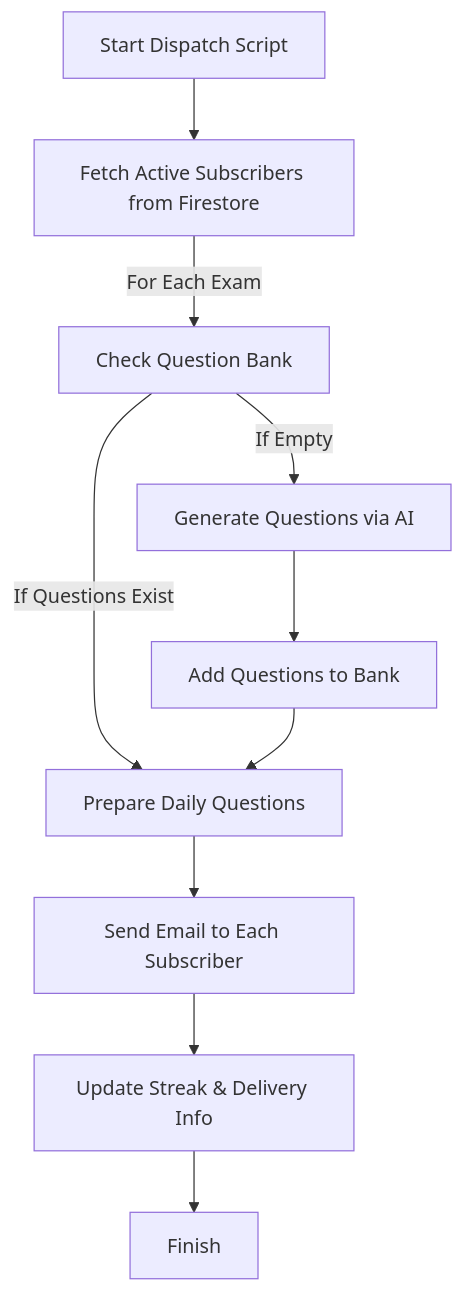
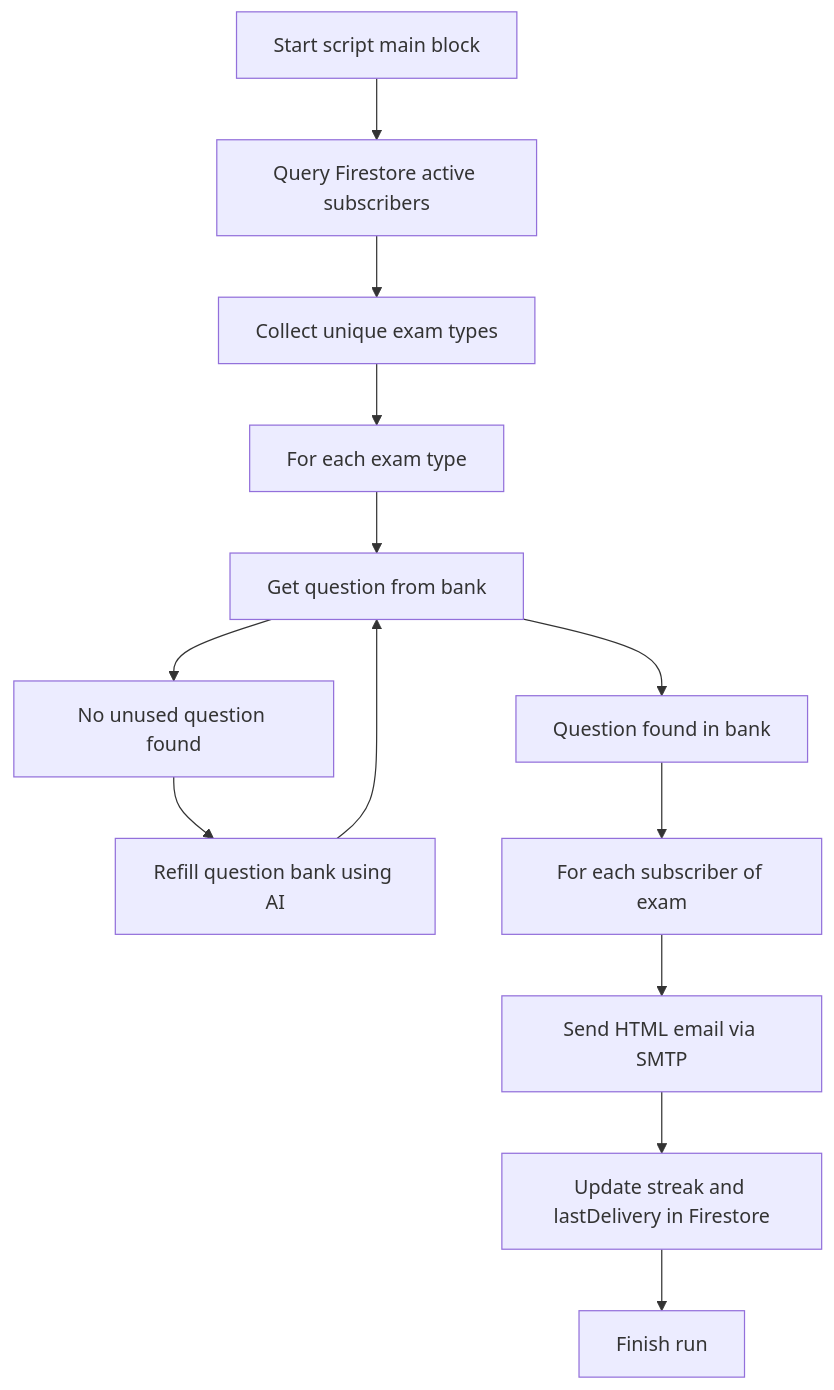
The second of 6 diagrams in README.md (avirajsalunkhe/cloud-mastery-bot), drawn with Mermaid before and after one commit. The commit also changed other lines of this file, not shown here.

````diff
--- a/README.md
+++ b/README.md
@@ -20,12 +67,15 @@
 ```mermaid
 flowchart TD
-    Start[Start Dispatch Script] --> FetchSubscribers[Fetch Active Subscribers from Firestore]
-    FetchSubscribers -->|For Each Exam| BankCheck[Check Question Bank]
-    BankCheck -->|If Empty| RefillBank[Generate Questions via AI]
-    RefillBank --> UpdateBank[Add Questions to Bank]
-    BankCheck -->|If Questions Exist| PrepareEmails[Prepare Daily Questions]
-    UpdateBank --> PrepareEmails
-    PrepareEmails --> SendEmails[Send Email to Each Subscriber]
-    SendEmails --> UpdateStreak[Update Streak & Delivery Info]
-    UpdateStreak --> End[Finish]
+    Start[Start script main block] --> LoadSubs[Query Firestore active subscribers]
+    LoadSubs --> CollectExams[Collect unique exam types]
+    CollectExams --> ForExam[For each exam type]
+    ForExam --> GetQuestion[Get question from bank]
+    GetQuestion --> BankHit[Question found in bank]
+    GetQuestion --> BankMiss[No unused question found]
+    BankMiss --> Refill[Refill question bank using AI]
+    Refill --> GetQuestion
+    BankHit --> ForUser[For each subscriber of exam]
+    ForUser --> SendEmailStep[Send HTML email via SMTP]
+    SendEmailStep --> UpdateStreak[Update streak and lastDelivery in Firestore]
+    UpdateStreak --> End[Finish run]
 ```
````
